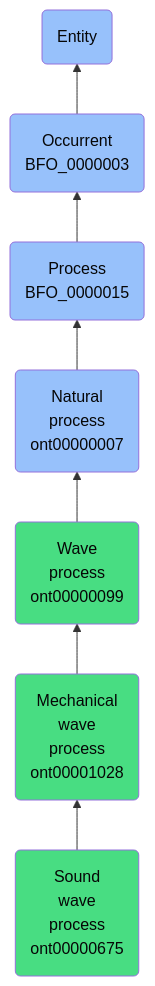
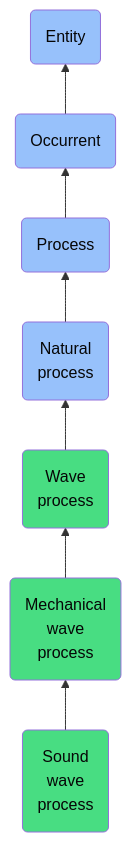
The diagram in docs/ontology/reference/model/Entity/Occurrent/Process/Natural process/Wave process/Mechanical wave process/Sound wave process/Sound wave process.md (jupyter-naas/abi), drawn with Mermaid before and after one commit. The commit also changed other lines of this file and 1430 other files, not shown here.

````diff
--- a/docs/ontology/reference/model/Entity/Occurrent/Process/Natural process/Wave process/Mechanical wave process/Sound wave process/Sound wave process.md
+++ b/docs/ontology/reference/model/Entity/Occurrent/Process/Natural process/Wave process/Mechanical wave process/Sound wave process/Sound wave process.md
@@ -24,14 +24,14 @@
 ```mermaid
 graph BT
-    ont00000675(Sound<br>wave<br>process<br>ont00000675):::ABI-->ont00001028
-    ont00001028(Mechanical<br>wave<br>process<br>ont00001028):::ABI-->ont00000099
-    ont00000099(Wave<br>process<br>ont00000099):::ABI-->ont00000007
-    ont00000007(Natural<br>process<br>ont00000007):::BFO-->BFO_0000015
-    BFO_0000015(Process<br>BFO_0000015):::BFO-->BFO_0000003
-    BFO_0000003(Occurrent<br>BFO_0000003):::BFO-->BFO_0000001
+    ont00000675(Sound<br>wave<br>process):::ABI-->ont00001028
+    ont00001028(Mechanical<br>wave<br>process):::ABI-->ont00000099
+    ont00000099(Wave<br>process):::ABI-->ont00000007
+    ont00000007(Natural<br>process):::BFO-->BFO_0000015
+    BFO_0000015(Process):::BFO-->BFO_0000003
+    BFO_0000003(Occurrent):::BFO-->BFO_0000001
     BFO_0000001(Entity):::BFO
     
     classDef BFO fill:#97c1fb,color:#060606
     classDef CCO fill:#e4c51e,color:#060606
     classDef ABI fill:#48DD82,color:#060606
 ```
````
